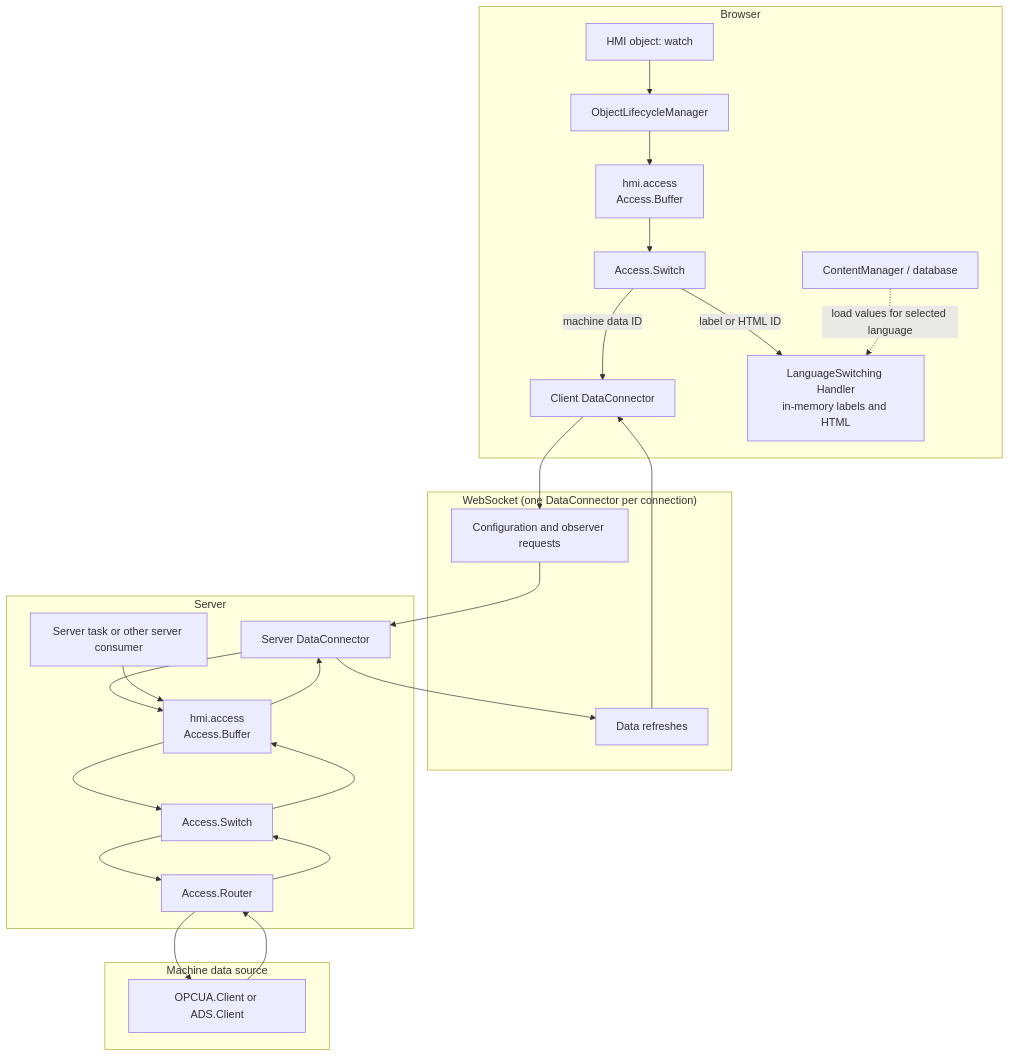
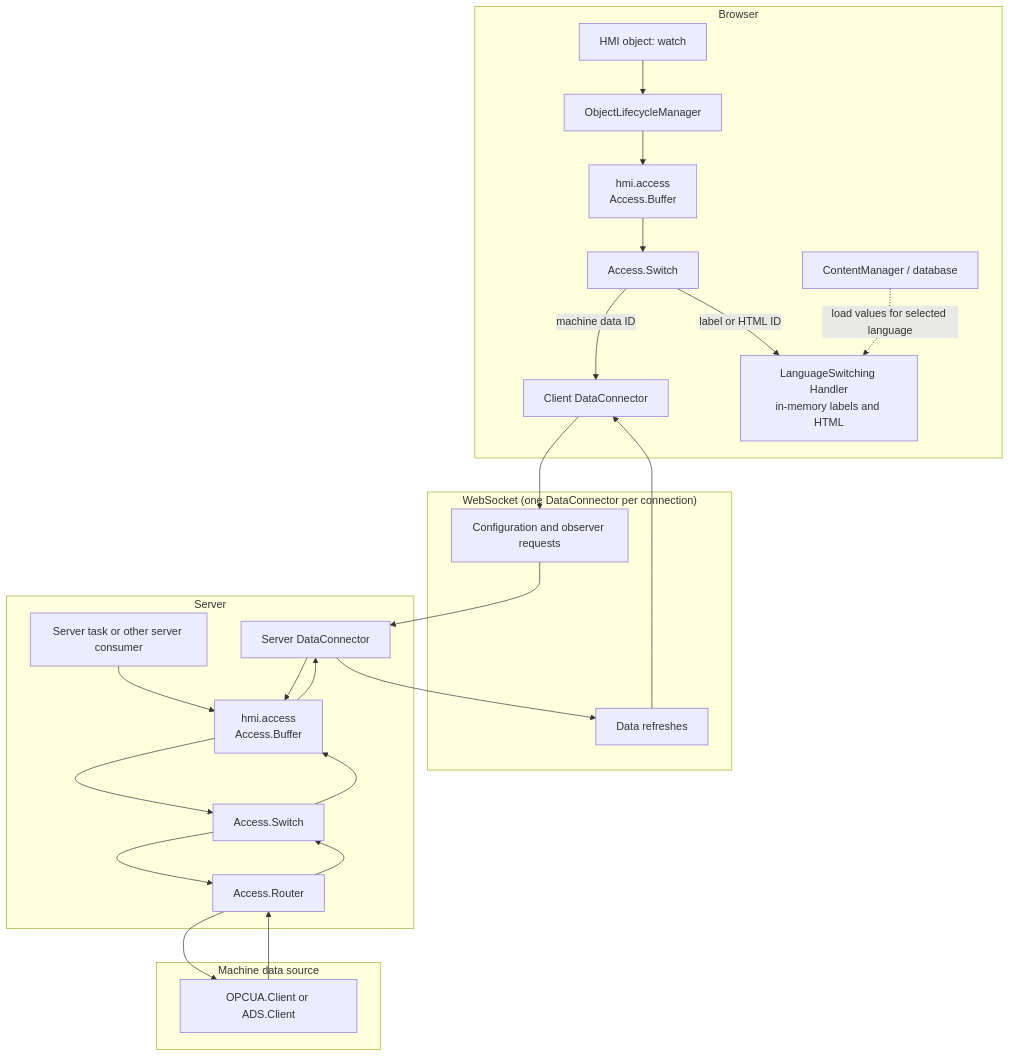
One commit to MarkusHardardt/js_utils changed the diagram in DATA_ACCESS.md. Above: the diagram before and after it, drawn with Mermaid. The commit also changed other lines of this file, not shown here.

````diff
--- a/DATA_ACCESS.md
+++ b/DATA_ACCESS.md
@@ -23,41 +23,41 @@
 ```mermaid
 flowchart TB
     subgraph Browser
         W["HMI object: watch"]
         OLM["ObjectLifecycleManager"]
         BA["hmi.access<br/>Access.Buffer"]
         BS["Access.Switch"]
         DC["Client DataConnector"]
         LANG["LanguageSwitching Handler<br/>in-memory labels and HTML"]
         CMS["ContentManager / database"]
         W --> OLM --> BA --> BS
         BS -->|"label or HTML ID"| LANG
         CMS -.->|"load values for selected language"| LANG
         BS -->|"machine data ID"| DC
     end
 
     subgraph Transport["WebSocket (one DataConnector per connection)"]
-        UP["Configuration and observer requests"]
-        DOWN["Data refreshes"]
+        DOWN["Configuration and observer requests"]
+        UP["Data refreshes"]
     end
 
     subgraph Server
         SDC["Server DataConnector"]
         SA["hmi.access<br/>Access.Buffer"]
         SS["Access.Switch"]
         R["Access.Router"]
         TASK["Server task or other server consumer"]
+        TASK --> SA
         SDC --> SA --> SS --> R
-        TASK --> SA
+        R --> SS --> SA --> SDC
     end
 
     subgraph Machine["Machine data source"]
         PROTO["OPCUA.Client or ADS.Client"]
     end
 
-    DC --> UP --> SDC
-    SDC --> DOWN --> DC
+    DC --> DOWN --> SDC
+    SDC --> UP --> DC
     R --> PROTO
     PROTO --> R
-    R --> SS --> SA --> SDC
 ```
````
